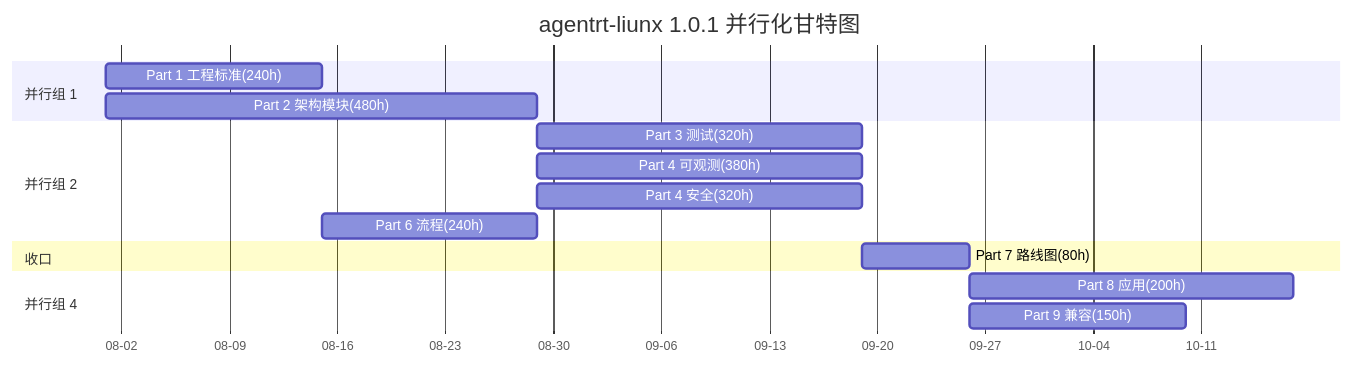
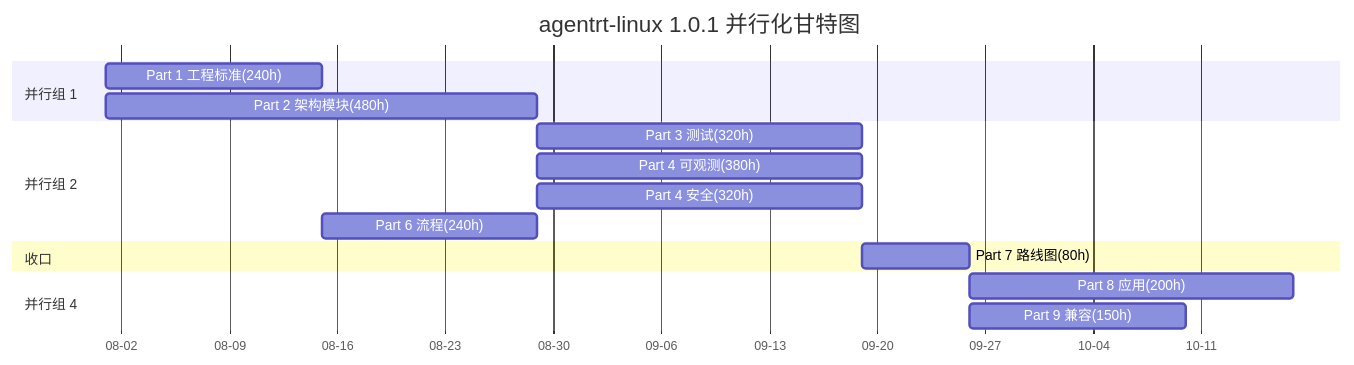
Before and after one commit to openairymax/docs-linux: the fourth of 5 diagrams in 130-roadmap/04-dependency-graph.md, drawn with Mermaid. The commit also changed other lines of this file and 125 other files, not shown here.

````diff
--- a/130-roadmap/04-dependency-graph.md
+++ b/130-roadmap/04-dependency-graph.md
@@ -228,19 +228,19 @@
 ```mermaid
 gantt
-    title agentrt-liunx 1.0.1 并行化甘特图
+    title agentrt-linux 1.0.1 并行化甘特图
     dateFormat  YYYY-MM-DD
     axisFormat  %m-%d
     section 并行组 1
     Part 1 工程标准(240h) :p1, 2026-08-01, 14d
     Part 2 架构模块(480h) :p2, 2026-08-01, 28d
     section 并行组 2
     Part 3 测试(320h)     :p3, after p2, 21d
     Part 4 可观测(380h)   :p4, after p2, 21d
     Part 4 安全(320h)     :p5, after p2, 21d
     Part 6 流程(240h)    :p6, after p1, 14d
     section 收口
     Part 7 路线图(80h)    :p7, after p3, 7d
     section 并行组 4
     Part 8 应用(200h)     :p8, after p7, 21d
     Part 9 兼容(150h)     :p9, after p7, 14d
 ```
````
